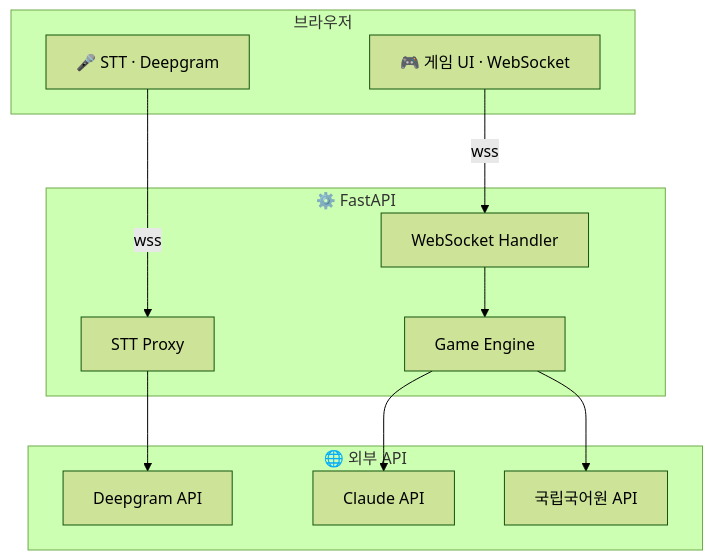
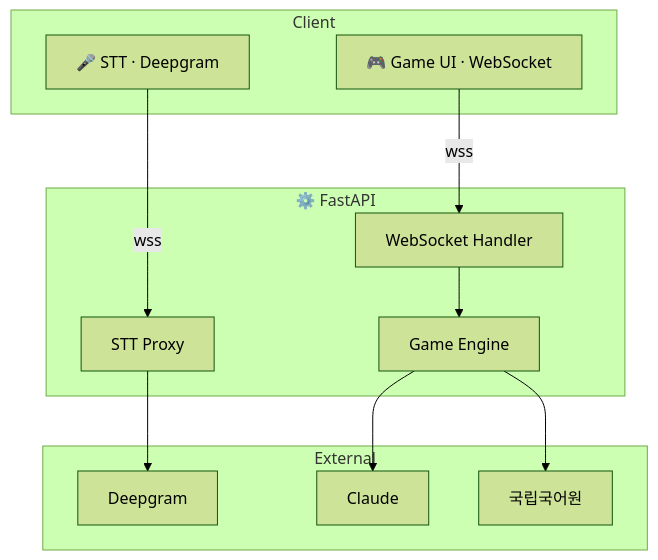
The second of 7 diagrams in README.md (Technoetic/word-chain-game), drawn with Mermaid (forest theme) before and after one commit. The commit also changed other lines of this file, not shown here.

````diff
--- a/README.md
+++ b/README.md
@@ -35,26 +33,26 @@
 ```mermaid
 flowchart TB
-    subgraph 브라우저
+    subgraph Client
         STT["🎤 STT · Deepgram"]
-        UI["🎮 게임 UI · WebSocket"]
+        UI["🎮 Game UI · WebSocket"]
     end
 
-    subgraph 서버["⚙️ FastAPI"]
+    subgraph Server["⚙️ FastAPI"]
         PROXY["STT Proxy"]
         WS["WebSocket Handler"]
         ENGINE["Game Engine"]
     end
 
-    subgraph 외부["🌐 외부 API"]
-        DG["Deepgram API"]
-        CL["Claude API"]
-        KR["국립국어원 API"]
+    subgraph External
+        DG["Deepgram"]
+        CL["Claude"]
+        KR["국립국어원"]
     end
 
     STT -->|wss| PROXY
     UI -->|wss| WS
     WS --> ENGINE
     PROXY --> DG
     ENGINE --> CL
     ENGINE --> KR
 ```
````
